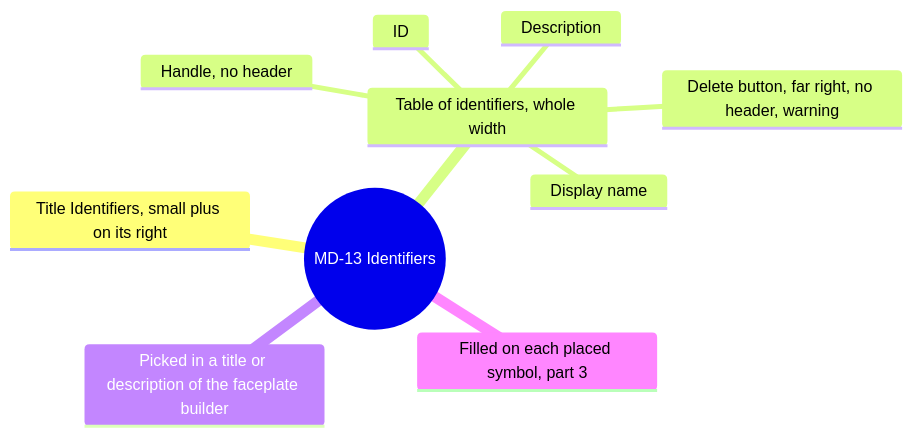
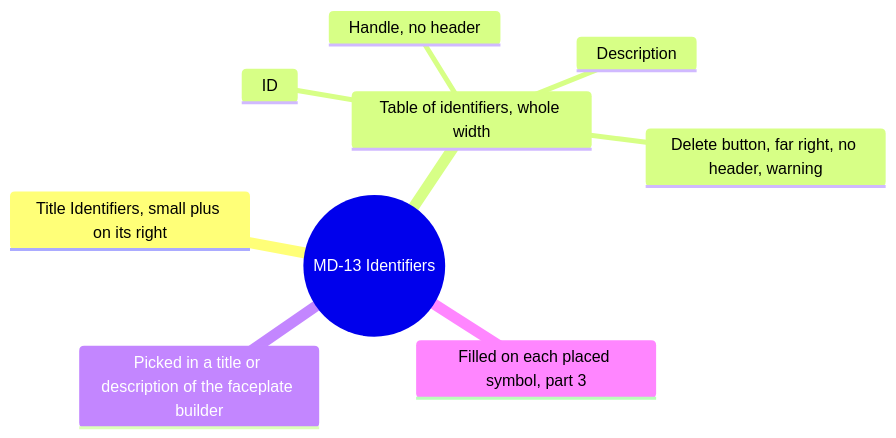
One commit to AlexandreGallais/synoptic-studio-spec changed diagram 16 of 16 in screens/metadata.md. Above: the diagram before and after it, drawn with Mermaid. The commit also changed other lines of this file and 5 other files, not shown here.

First line of the commit message:
docs(metadata): remove the display name of an identifier

````diff
--- a/screens/metadata.md
+++ b/screens/metadata.md
@@ -556,13 +556,12 @@
 ```mermaid
 mindmap
   root((MD-13 Identifiers))
     Title Identifiers, small plus on its right
     Table of identifiers, whole width
       Handle, no header
       ID
-      Display name
       Description
       Delete button, far right, no header, warning
     Picked in a title or description of the faceplate builder
     Filled on each placed symbol, part 3
 ```
````
